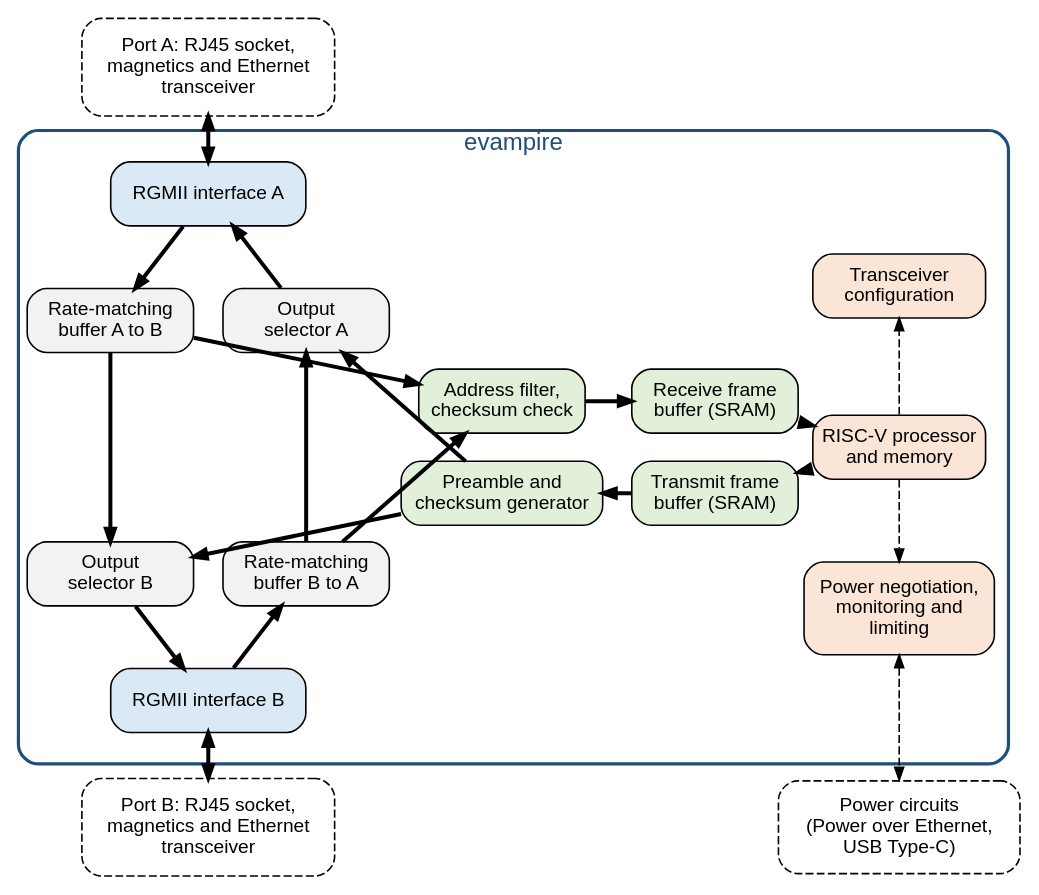
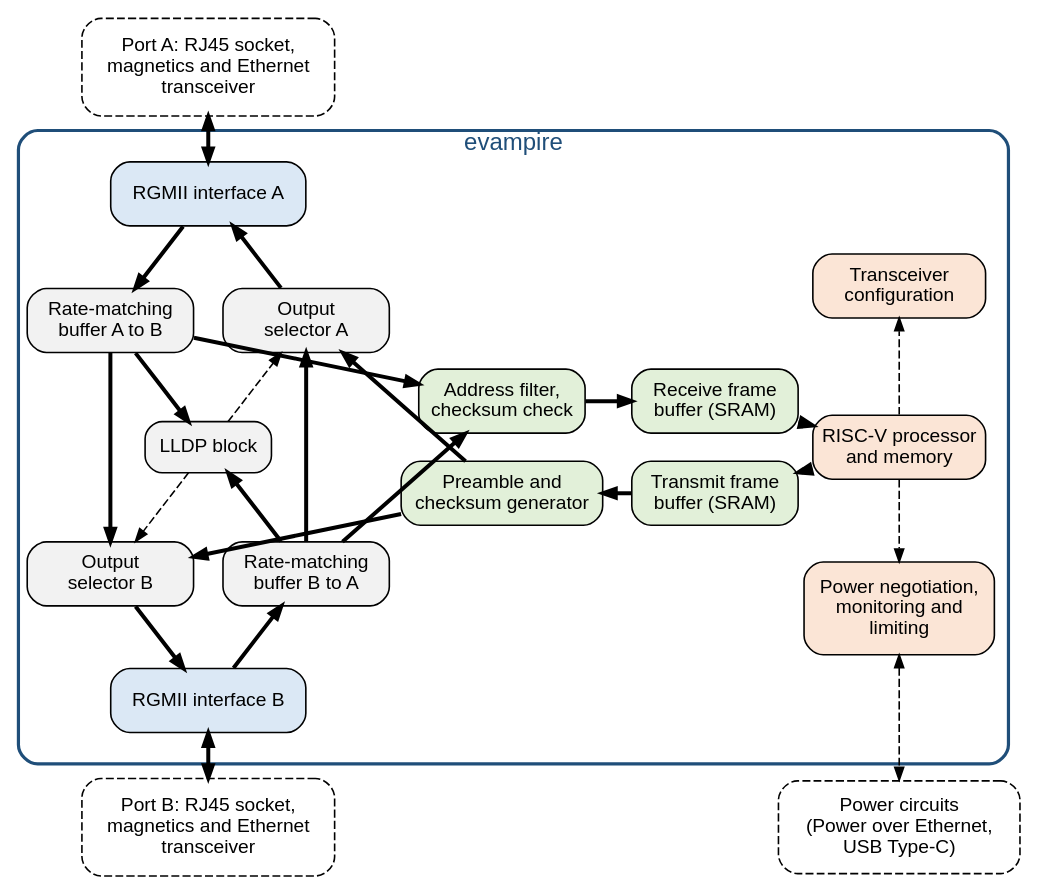
Before and after one commit to mithro/evampire: the diagram in docs/architecture/block-diagram.dot, drawn with Graphviz. The commit also changed 2 other files, not shown here.

Commit message:
Architecture: show the LLDP block in the block diagram
The block watches both forwarding paths and controls both output
selectors. Update the alt text, and drop the to-do item this closes.

```diff
--- a/docs/architecture/block-diagram.dot
+++ b/docs/architecture/block-diagram.dot
@@ -1,102 +1,110 @@
 // evampire block diagram.
 // Bold arrows: Ethernet frame data. Dashed arrows: control.
 // Fill colours: white with a dashed outline, parts outside the chip; blue,
 // RGMII interfaces; grey, the forwarding path; green, the processor's frame
 // path; orange, the processor and its control interfaces.
 //
 // The blocks are placed on a fixed grid (positions in inches) so that the
 // diagram reads top to bottom and fits the width of a documentation page:
 //
 //   column 1 (x=1.0)  forwarding path from port A to port B (downwards)
 //   column 2 (x=2.7)  forwarding path from port B to port A (upwards)
 //   column 3 (x=4.4)  address filter and frame generator
 //   column 4 (x=6.25)  frame buffers
 //   column 5 (x=7.85)  processor and its control interfaces
 //
 // SPDX-License-Identifier: Apache-2.0
 
 digraph evampire {
     graph [layout=neato, splines=false, overlap=true, outputorder=nodesfirst,
            fontname="Helvetica"];
     node  [shape=box, style="rounded,filled", fillcolor="#f2f2f2",
            fontname="Helvetica", fontsize=12, width=1.45, height=0.55,
            fixedsize=true];
     edge  [arrowsize=0.8];
 
     // Outline of the chip, drawn first so it sits behind the blocks.
     chip [label="evampire", labelloc=t, fontsize=15, fontcolor="#1f4e79",
           pos="4.5,5.0!", width=8.6, height=5.5, style="rounded,bold",
           color="#1f4e79", fillcolor="none"];
 
     // Off-chip parts.
     port_a [pos="1.85,8.3!", width=2.2, height=0.85,
             label="Port A: RJ45 socket,\nmagnetics and Ethernet\ntransceiver",
             style="rounded,filled,dashed", fillcolor="#ffffff"];
     port_b [pos="1.85,1.7!", width=2.2, height=0.85,
             label="Port B: RJ45 socket,\nmagnetics and Ethernet\ntransceiver",
             style="rounded,filled,dashed", fillcolor="#ffffff"];
     power  [pos="7.85,1.7!", width=2.1, height=0.8,
             label="Power circuits\n(Power over Ethernet,\nUSB Type-C)",
             style="rounded,filled,dashed", fillcolor="#ffffff"];
 
     // RGMII interfaces.
     rgmii_a [pos="1.85,7.2!", label="RGMII interface A", width=1.7,
              fillcolor="#dbe8f5"];
     rgmii_b [pos="1.85,2.8!", label="RGMII interface B", width=1.7,
              fillcolor="#dbe8f5"];
 
     // Cut-through forwarding.
     fifo_ab [pos="1.0,6.1!", label="Rate-matching\nbuffer A to B"];
     mux_b   [pos="1.0,3.9!", label="Output\nselector B"];
     mux_a   [pos="2.7,6.1!", label="Output\nselector A"];
     fifo_ba [pos="2.7,3.9!", label="Rate-matching\nbuffer B to A"];
+    lldp    [pos="1.85,5.0!", label="LLDP block", width=1.1, height=0.45];
 
     // Internal port.
     filt  [pos="4.4,5.4!", label="Address filter,\nchecksum check",
            fillcolor="#e2f0d9"];
     txgen [pos="4.4,4.6!", label="Preamble and\nchecksum generator",
            fillcolor="#e2f0d9", width=1.75];
     rxbuf [pos="6.25,5.4!", label="Receive frame\nbuffer (SRAM)",
            fillcolor="#e2f0d9"];
     txbuf [pos="6.25,4.6!", label="Transmit frame\nbuffer (SRAM)",
            fillcolor="#e2f0d9"];
 
     // Microcontroller.
     cpu  [pos="7.85,5.0!", label="RISC-V processor\nand memory",
           fillcolor="#fbe5d6", width=1.5];
     mdio [pos="7.85,6.4!", label="Transceiver\nconfiguration",
           fillcolor="#fbe5d6", width=1.5];
     pwr  [pos="7.85,3.6!", label="Power negotiation,\nmonitoring and\nlimiting",
           fillcolor="#fbe5d6", width=1.65, height=0.8];
 
     // Cable side.
     port_a  -> rgmii_a [dir=both, penwidth=2.5];
     rgmii_b -> port_b  [dir=both, penwidth=2.5];
 
     // Forwarding, A to B.
     rgmii_a -> fifo_ab [penwidth=2.5];
     fifo_ab -> mux_b   [penwidth=2.5];
     mux_b   -> rgmii_b [penwidth=2.5];
 
     // Forwarding, B to A.
     rgmii_b -> fifo_ba [penwidth=2.5];
     fifo_ba -> mux_a   [penwidth=2.5];
     mux_a   -> rgmii_a [penwidth=2.5];
 
+    // LLDP block: watches both paths and tells each output selector to
+    // stop an LLDP frame.
+    fifo_ab -> lldp  [penwidth=2.5];
+    fifo_ba -> lldp  [penwidth=2.5];
+    lldp    -> mux_b [style=dashed];
+    lldp    -> mux_a [style=dashed];
+
     // Frames copied to the processor.
     fifo_ab -> filt [penwidth=2.5];
     fifo_ba -> filt [penwidth=2.5];
     filt    -> rxbuf [penwidth=2.5];
     rxbuf   -> cpu [penwidth=2.5];
 
     // Frames sent by the processor.
     cpu   -> txbuf [penwidth=2.5];
     txbuf -> txgen [penwidth=2.5];
     txgen -> mux_a [penwidth=2.5];
     txgen -> mux_b [penwidth=2.5];
 
     // Control.
     cpu -> mdio  [style=dashed];
     cpu -> pwr   [style=dashed];
     pwr -> power [style=dashed, dir=both];
 }
```
